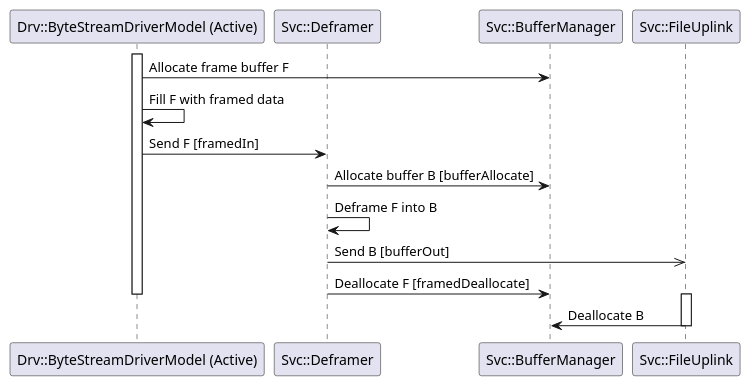
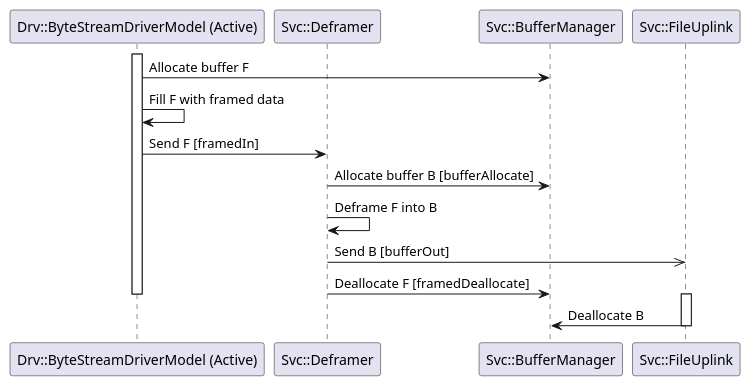
Before and after one commit to nasa/fprime: the diagram in Svc/Deframer/docs/img/active-file-packet.puml, drawn with PlantUML. The commit also changed 13 other files, not shown here.

```diff
--- a/Svc/Deframer/docs/img/active-file-packet.puml
+++ b/Svc/Deframer/docs/img/active-file-packet.puml
@@ -1,25 +1,25 @@
 @startuml
 
 participant "Drv::ByteStreamDriverModel (Active)" order 1
 participant "Svc::Deframer" order 2
 participant "Svc::BufferManager" order 3
 participant "Svc::FileUplink" order 4
 
 activate "Drv::ByteStreamDriverModel (Active)"
 
-"Drv::ByteStreamDriverModel (Active)" -> "Svc::BufferManager": Allocate frame buffer F
+"Drv::ByteStreamDriverModel (Active)" -> "Svc::BufferManager": Allocate buffer F
 "Drv::ByteStreamDriverModel (Active)" -> "Drv::ByteStreamDriverModel (Active)": Fill F with framed data
 "Drv::ByteStreamDriverModel (Active)" -> "Svc::Deframer": Send F [framedIn]
 
 "Svc::Deframer" -> "Svc::BufferManager": Allocate buffer B [bufferAllocate]
 "Svc::Deframer" -> "Svc::Deframer": Deframe F into B
 "Svc::Deframer" ->> "Svc::FileUplink": Send B [bufferOut]
 "Svc::Deframer" -> "Svc::BufferManager": Deallocate F [framedDeallocate]
 
 deactivate "Drv::ByteStreamDriverModel (Active)"
 
 activate "Svc::FileUplink"
 "Svc::FileUplink" -> "Svc::BufferManager": Deallocate B
 deactivate "Svc::FileUplink"
 
 @enduml
```
